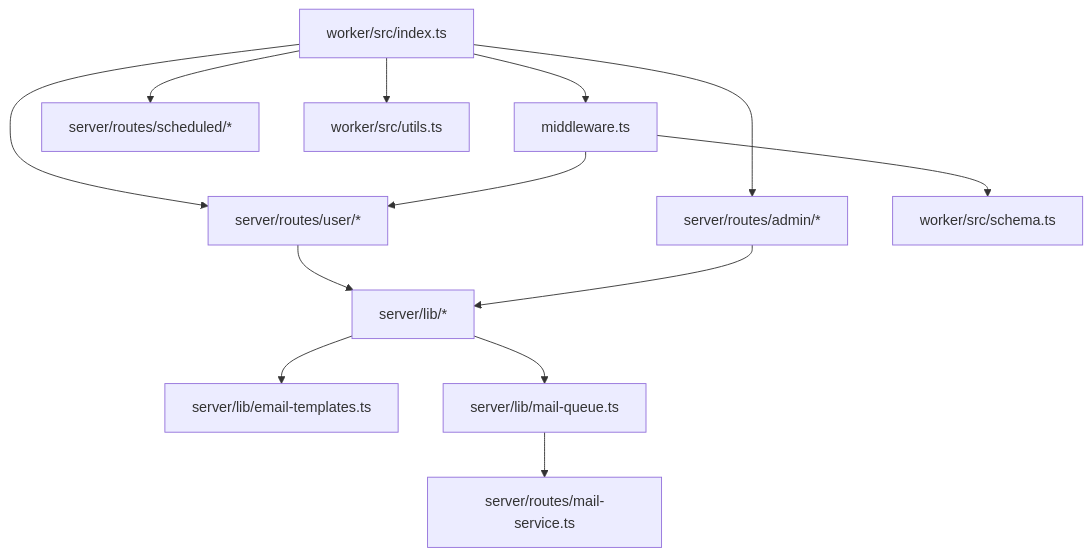
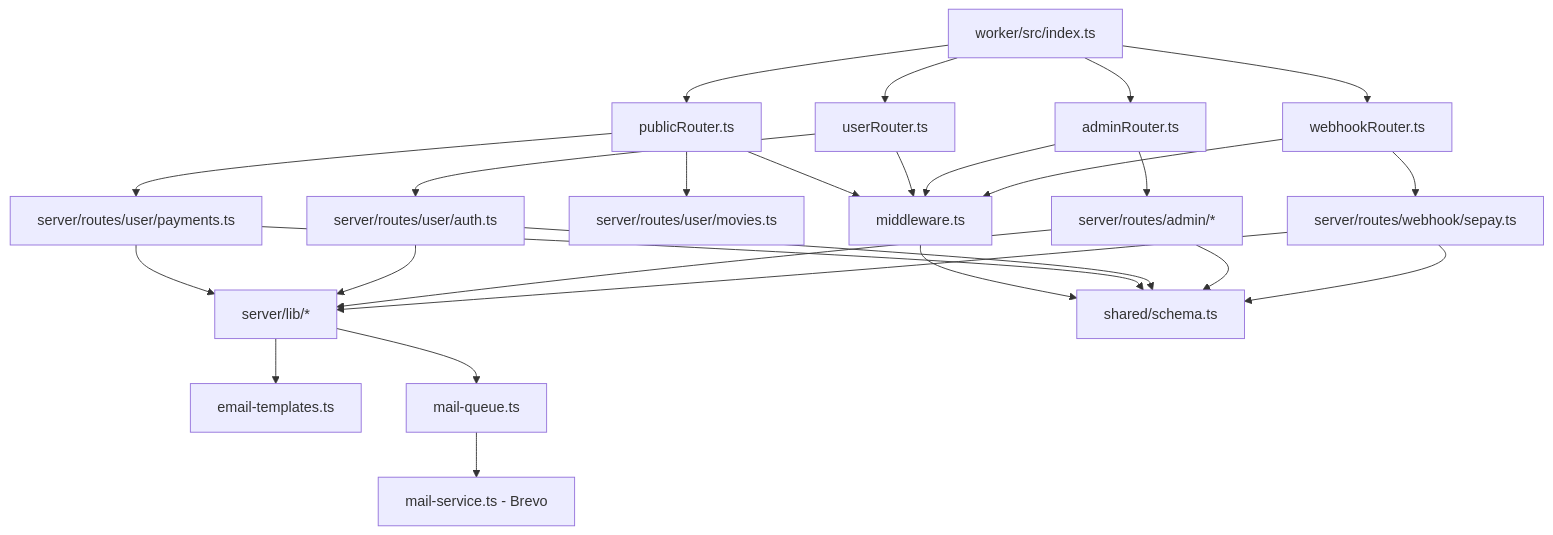
Before and after one commit to baonhatt/CTBooking: the first of 8 diagrams in PROJECT_OVERVIEW.md, drawn with Mermaid. The commit also changed other lines of this file and 54 other files, not shown here.

````diff
--- a/PROJECT_OVERVIEW.md
+++ b/PROJECT_OVERVIEW.md
@@ -318,15 +308,19 @@
 ```mermaid
 graph TD
-    A[worker/src/index.ts] --> B[middleware.ts]
-    A --> C[server/routes/user/*]
-    A --> D[server/routes/admin/*]
-    A --> E[server/routes/scheduled/*]
-    A --> F[worker/src/utils.ts]
-    C --> G[server/lib/*]
-    D --> G
-    G --> H[server/lib/email-templates.ts]
-    G --> I[server/lib/mail-queue.ts]
-    I --> J[server/routes/mail-service.ts]
-    B --> C
-    B --> K[worker/src/schema.ts]
+    A[worker/src/index.ts] --> B[publicRouter.ts]
+    A --> C[userRouter.ts]
+    A --> D[adminRouter.ts]
+    A --> E[webhookRouter.ts]
+    B & C & D & E --> F[middleware.ts]
+    B --> G[server/routes/user/payments.ts]
+    B --> H[server/routes/user/movies.ts]
+    C --> I[server/routes/user/auth.ts]
+    D --> J[server/routes/admin/*]
+    E --> K[server/routes/webhook/sepay.ts]
+    G & I & J & K --> L[server/lib/*]
+    L --> M[email-templates.ts]
+    L --> N[mail-queue.ts]
+    N --> O[mail-service.ts - Brevo]
+    F --> P[shared/schema.ts]
+    G & I & J & K --> P
 ```
````
